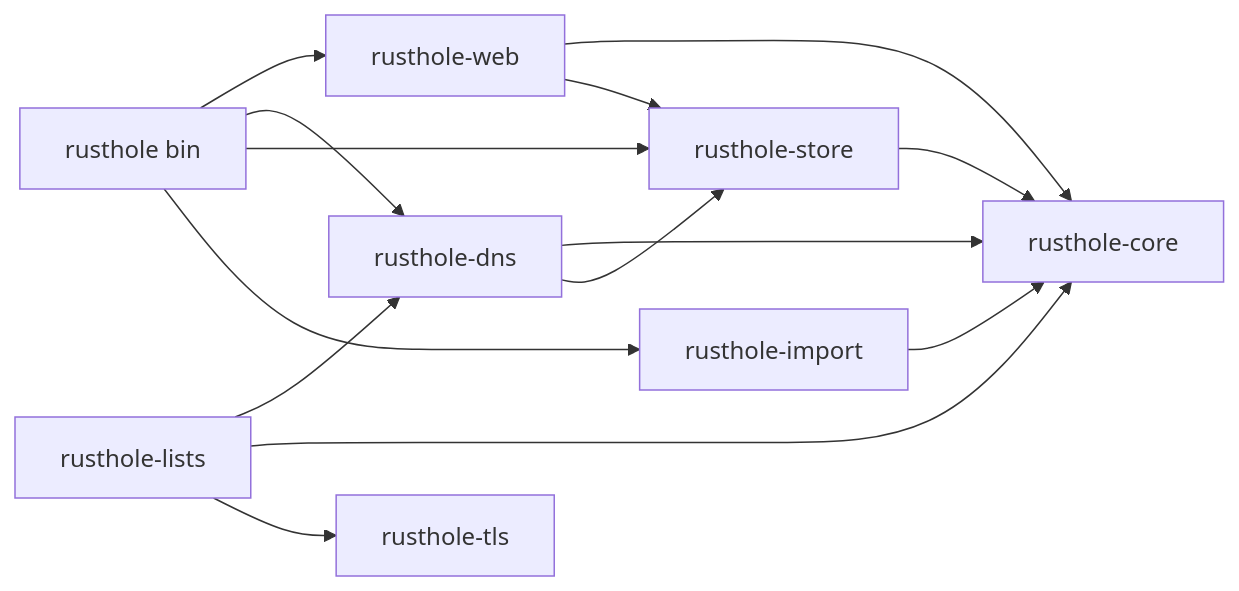
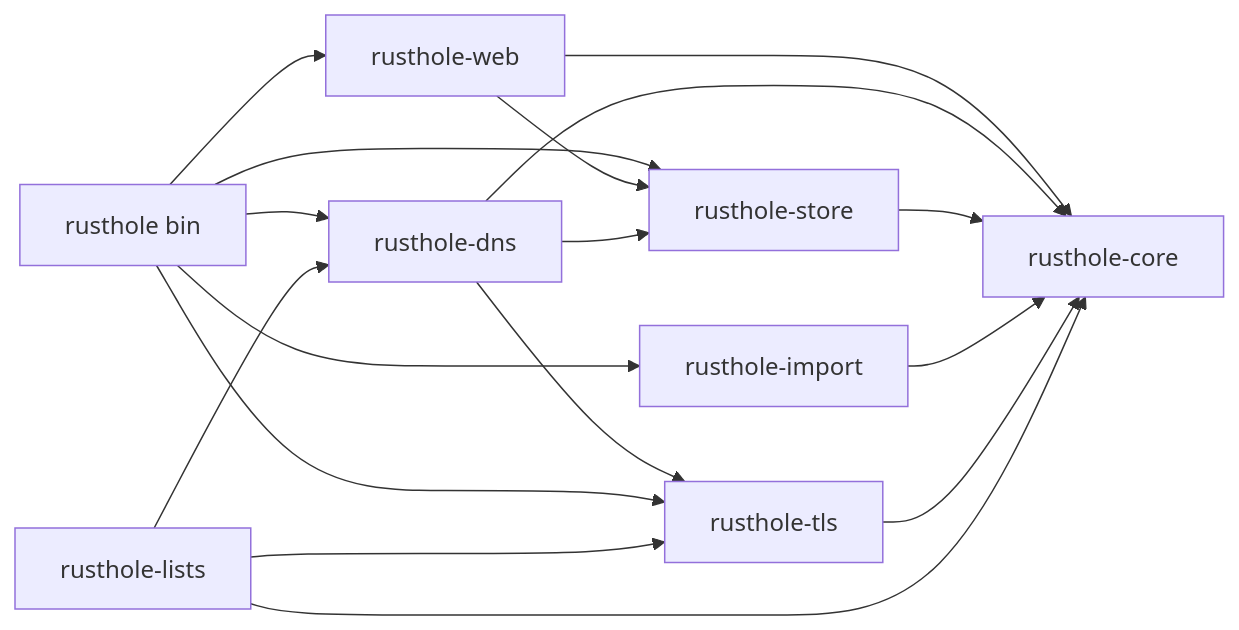
One commit to Warchant/rusthole changed the diagram in docs/ENGINEERING.md. Above: the diagram before and after it, drawn with Mermaid. The commit also changed other lines of this file and 33 other files, not shown here.

````diff
--- a/docs/ENGINEERING.md
+++ b/docs/ENGINEERING.md
@@ -8,16 +8,19 @@
 ```mermaid
 flowchart LR
     bin[rusthole bin] --> web[rusthole-web]
     bin --> dns[rusthole-dns]
     bin --> store[rusthole-store]
     bin --> import[rusthole-import]
     web --> core[rusthole-core]
     dns --> core
     store --> core
     import --> core
     web --> store
     dns --> store
+    dns --> tls[rusthole-tls]
+    bin --> tls
+    tls --> core
     lists[rusthole-lists] --> dns
     lists --> core
-    lists --> tls[rusthole-tls]
+    lists --> tls
 ```
````
